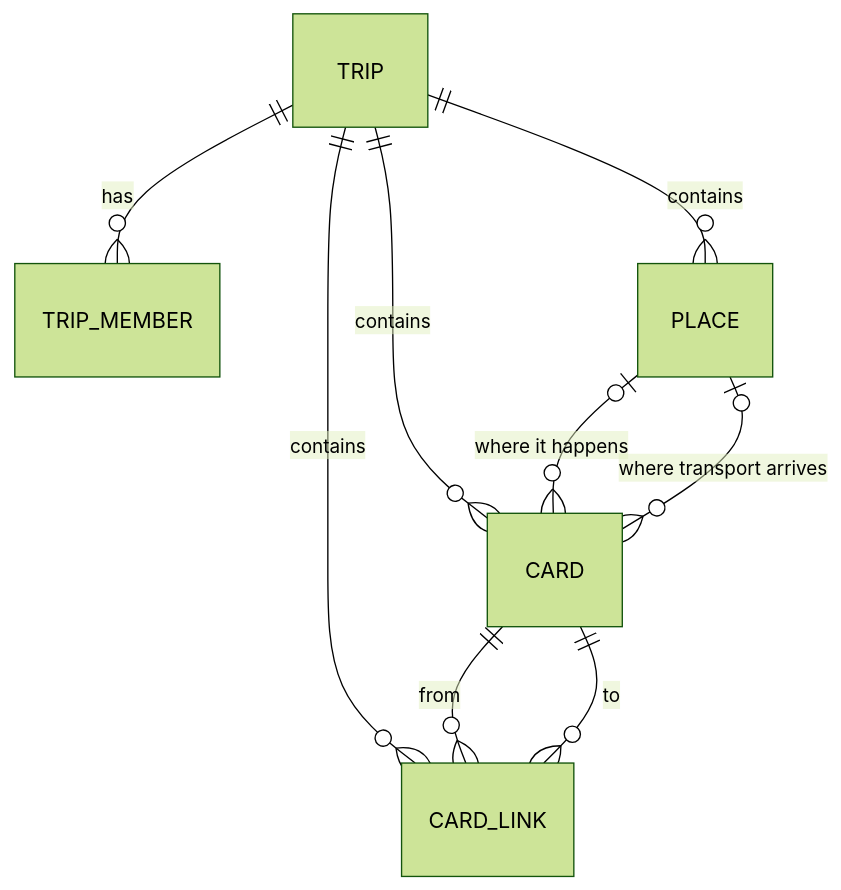
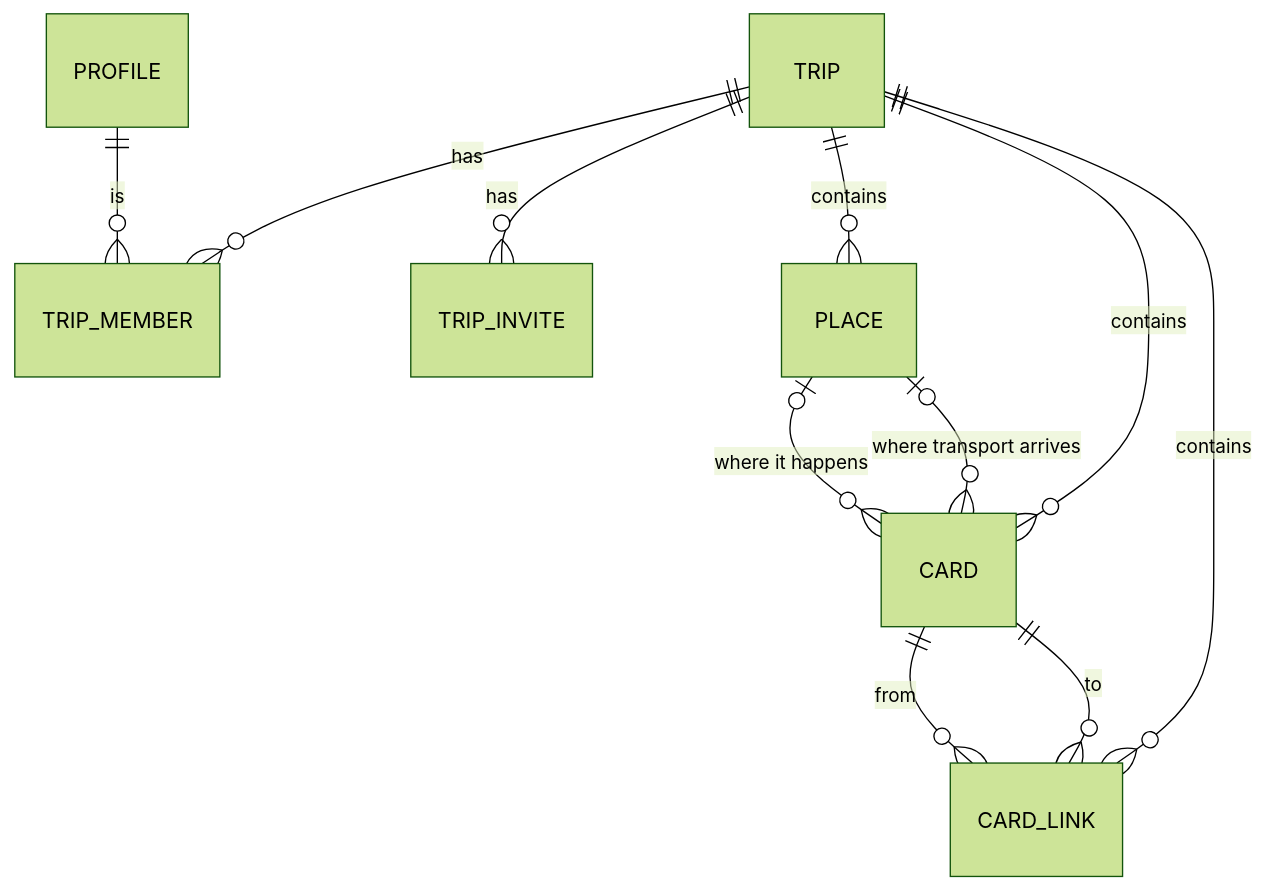
One commit to nickmuddle/plantodo changed the first of 2 diagrams in docs/ontology.md. Above: the diagram before and after it, drawn with Mermaid (forest theme). The commit also changed other lines of this file and 32 other files, not shown here.

````diff
--- a/docs/ontology.md
+++ b/docs/ontology.md
@@ -12,11 +13,13 @@
 ```mermaid
 erDiagram
     TRIP ||--o{ TRIP_MEMBER : "has"
+    TRIP ||--o{ TRIP_INVITE : "has"
+    PROFILE ||--o{ TRIP_MEMBER : "is"
     TRIP ||--o{ PLACE : "contains"
     TRIP ||--o{ CARD : "contains"
     TRIP ||--o{ CARD_LINK : "contains"
     PLACE |o--o{ CARD : "where it happens"
     PLACE |o--o{ CARD : "where transport arrives"
     CARD ||--o{ CARD_LINK : "from"
     CARD ||--o{ CARD_LINK : "to"
 ```
````
